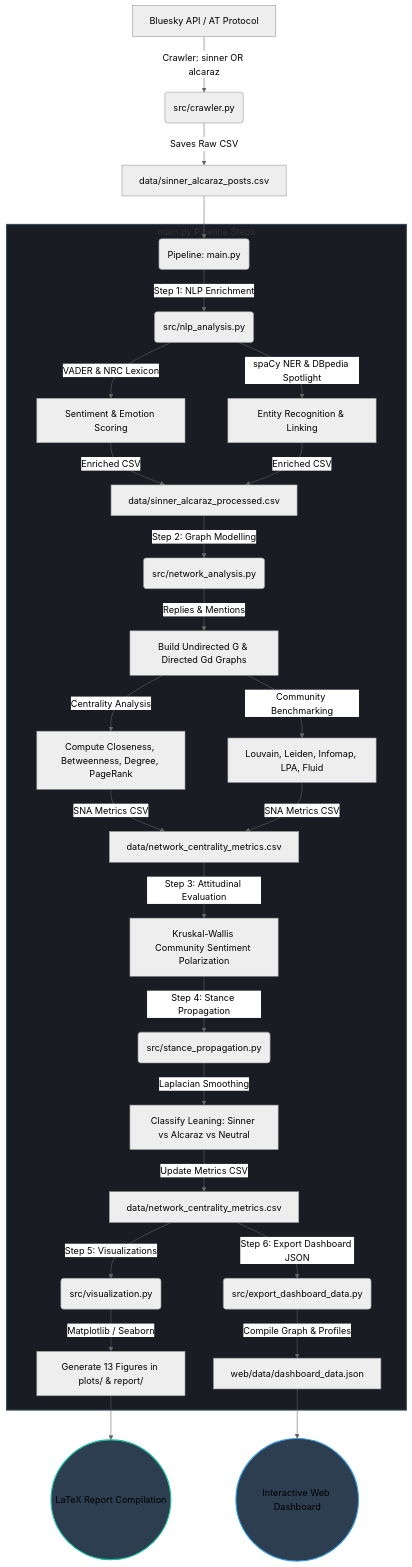
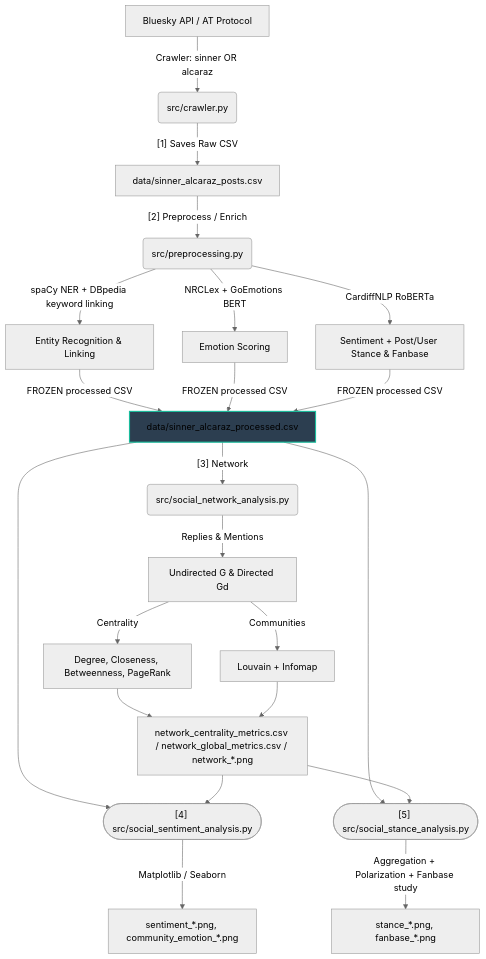
Before and after one commit to brusati04/bluesky-sinner-alcaraz-analysis: the diagram in README.md, drawn with Mermaid (neutral theme). The commit also changed other lines of this file and 7 other files, not shown here.

````diff
--- a/README.md
+++ b/README.md
@@ -68,38 +76,27 @@
 ```mermaid
 graph TD
     A[Bluesky API / AT Protocol] -->|Crawler: sinner OR alcaraz| B(src/crawler.py)
-    B -->|Saves Raw CSV| C[data/sinner_alcaraz_posts.csv]
-    
-    C --> D(Pipeline: main.py)
-    
-    subgraph Pipeline [main.py Pipeline Steps]
-        D -->|Step 1: NLP Enrichment| E(src/nlp_analysis.py)
-        E -->|VADER & NRC Lexicon| E1[Sentiment & Emotion Scoring]
-        E -->|spaCy NER & DBpedia Spotlight| E2[Entity Recognition & Linking]
-        E1 & E2 -->|Enriched CSV| F[data/sinner_alcaraz_processed.csv]
-        
-        F -->|Step 2: Graph Modelling| G(src/network_analysis.py)
-        G -->|Replies & Mentions| G1[Build Undirected G & Directed Gd Graphs]
-        G1 -->|Centrality Analysis| G2[Compute Closeness, Betweenness, Degree, PageRank]
-        G1 -->|Community Benchmarking| G3[Louvain, Leiden, Infomap, LPA, Fluid]
-        G2 & G3 -->|SNA Metrics CSV| H[data/network_centrality_metrics.csv]
-        
-        H -->|Step 3: Attitudinal Evaluation| I[Kruskal-Wallis Community Sentiment Polarization]
-        I -->|Step 4: Stance Propagation| J(src/stance_propagation.py)
-        J -->|Laplacian Smoothing| J1[Classify Leaning: Sinner vs Alcaraz vs Neutral]
-        J1 -->|Update Metrics CSV| K[data/network_centrality_metrics.csv]
-        
-        K -->|Step 5: Visualizations| L(src/visualization.py)
-        L -->|Matplotlib / Seaborn| L1[Generate 13 Figures in plots/ & report/]
-        
-        K -->|Step 6: Export Dashboard JSON| M(src/export_dashboard_data.py)
-        M -->|Compile Graph & Profiles| N[web/data/dashboard_data.json]
-    end
-    
-    N --> O((Interactive Web Dashboard))
-    L1 --> P((LaTeX Report Compilation))
-    
-    style Pipeline fill:#1a1c23,stroke:#34495e,stroke-width:2px;
-    style O fill:#2c3e50,stroke:#3498db,stroke-width:2px;
-    style P fill:#2c3e50,stroke:#1abc9c,stroke-width:2px;
+    B -->|"[1] Saves Raw CSV"| C[data/sinner_alcaraz_posts.csv]
+
+    C -->|"[2] Preprocess / Enrich"| D(src/preprocessing.py)
+    D -->|spaCy NER + DBpedia keyword linking| D1[Entity Recognition & Linking]
+    D -->|NRCLex + GoEmotions BERT| D2[Emotion Scoring]
+    D -->|CardiffNLP RoBERTa| D3[Sentiment + Post/User Stance & Fanbase]
+    D1 & D2 & D3 -->|FROZEN processed CSV| E[data/sinner_alcaraz_processed.csv]
+
+    E -->|"[3] Network"| F(src/social_network_analysis.py)
+    F -->|Replies & Mentions| F1[Undirected G & Directed Gd]
+    F1 -->|Centrality| F2[Degree, Closeness, Betweenness, PageRank]
+    F1 -->|Communities| F3[Louvain + Infomap]
+    F2 & F3 --> G[network_centrality_metrics.csv / network_global_metrics.csv / network_*.png]
+
+    E --> H(["[4] src/social_sentiment_analysis.py"])
+    G --> H
+    H -->|Matplotlib / Seaborn| H1[sentiment_*.png, community_emotion_*.png]
+
+    E --> I(["[5] src/social_stance_analysis.py"])
+    G --> I
+    I -->|Aggregation + Polarization + Fanbase study| I1[stance_*.png, fanbase_*.png]
+
+    style E fill:#2c3e50,stroke:#1abc9c,stroke-width:2px;
 ```
````
